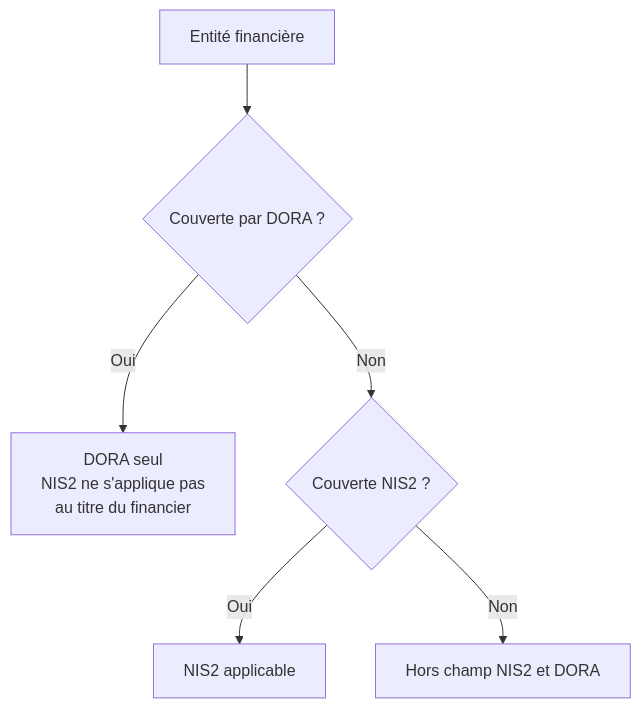
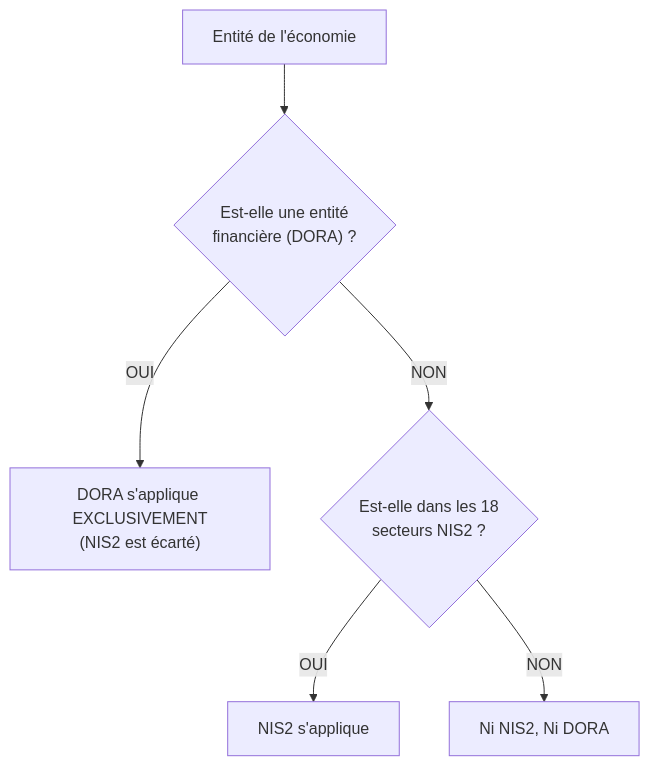
The fifth of 7 diagrams in docs/cursus-forensic/01-cycle-0-fondations/module-1-legislation/09-dora-pour-secteur-financier.md (zyrass/omnydocs), drawn with Mermaid before and after one commit. The commit also changed other lines of this file and 171 other files, not shown here.

````diff
--- a/docs/cursus-forensic/01-cycle-0-fondations/module-1-legislation/09-dora-pour-secteur-financier.md
+++ b/docs/cursus-forensic/01-cycle-0-fondations/module-1-legislation/09-dora-pour-secteur-financier.md
@@ -192,8 +200,8 @@
 ```mermaid
 flowchart TB
-    A[Entité financière] --> B{Couverte par DORA ?}
-    B -->|Oui| C[DORA seul<br>NIS2 ne s'applique pas<br>au titre du financier]
-    B -->|Non| D{Couverte NIS2 ?}
-    D -->|Oui| E[NIS2 applicable]
-    D -->|Non| F[Hors champ NIS2 et DORA]
+    A["Entité de l'économie"] --> B{"Est-elle une entité<br>financière (DORA) ?"}
+    B -->|"OUI"| C["DORA s'applique EXCLUSIVEMENT<br>(NIS2 est écarté)"]
+    B -->|"NON"| D{"Est-elle dans les 18<br>secteurs NIS2 ?"}
+    D -->|"OUI"| E["NIS2 s'applique"]
+    D -->|"NON"| F["Ni NIS2, Ni DORA"]
 ```
````
